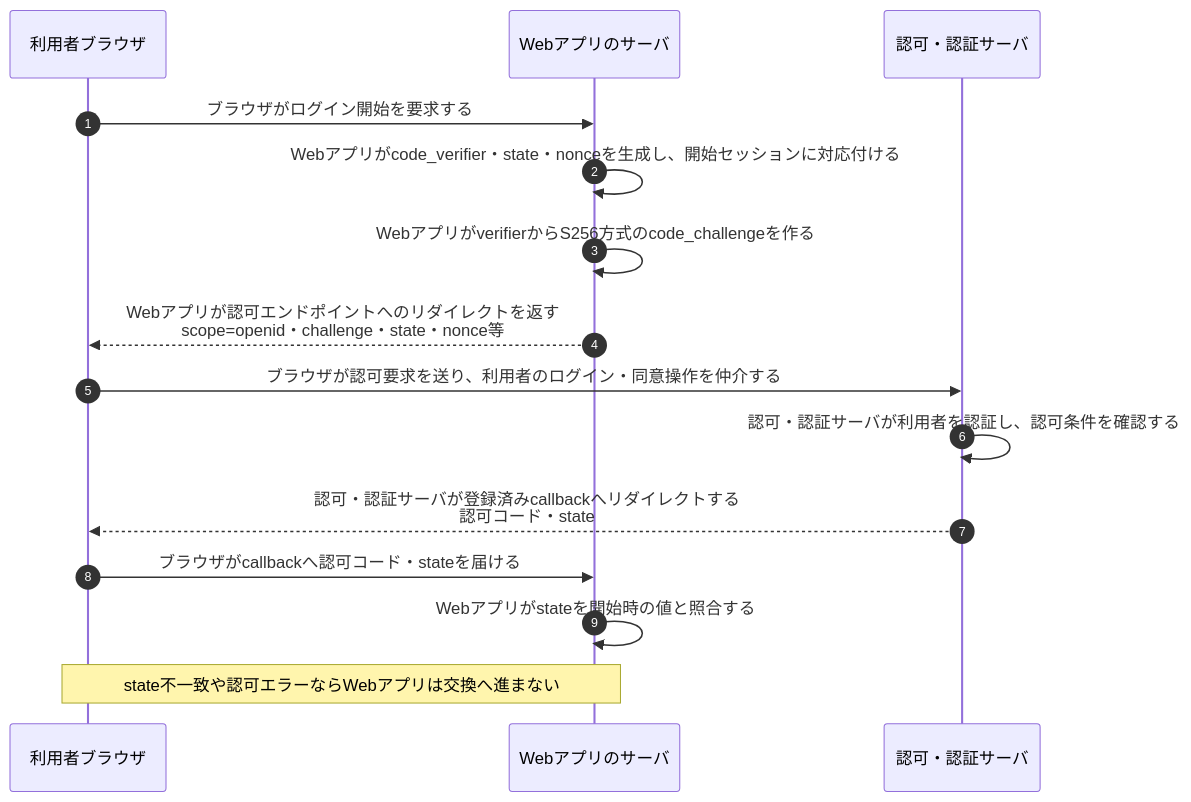
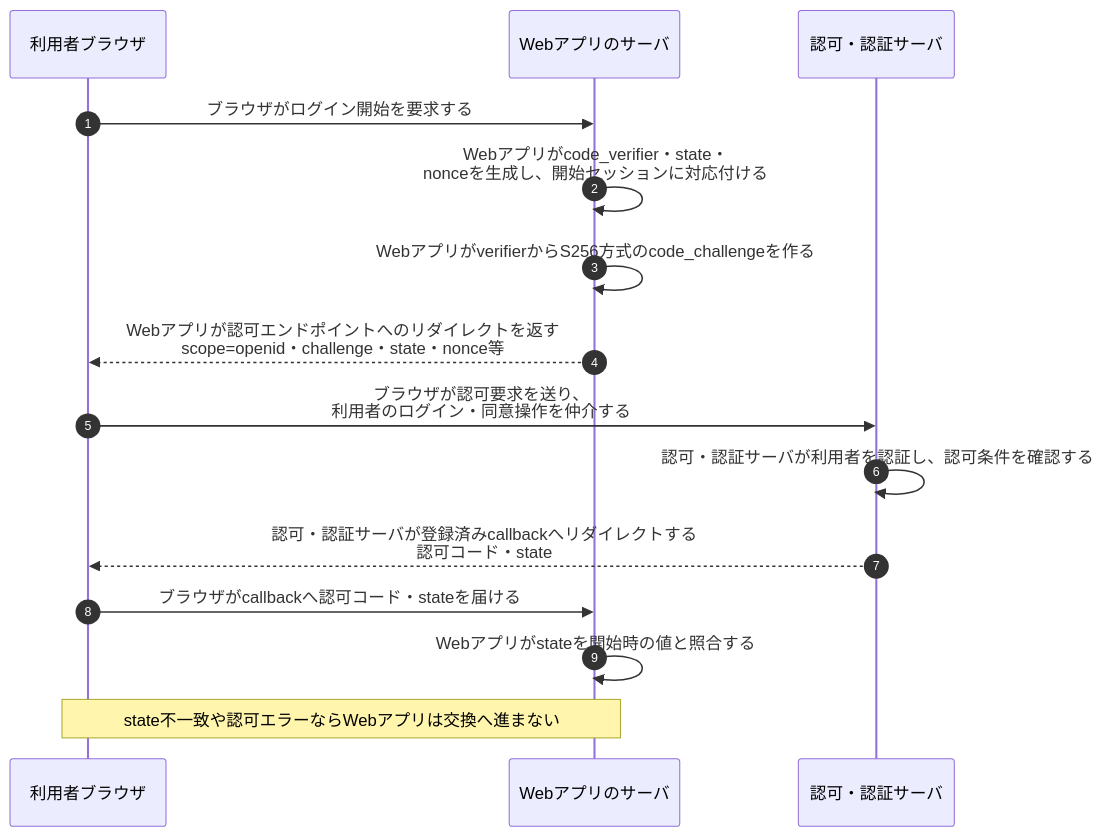
Before and after one commit to ryusuke2003/security-specialist-study: the first of 2 diagrams in 復習用/流れ図/OAuth2とOIDCの認可コードとPKCE.md, drawn with Mermaid. The commit also changed other lines of this file and 7 other files, not shown here.

Commit message:
図の折り返しと認証失敗時の前提を整え検証結果と導線を更新

````diff
--- a/復習用/流れ図/OAuth2とOIDCの認可コードとPKCE.md
+++ b/復習用/流れ図/OAuth2とOIDCの認可コードとPKCE.md
@@ -11,18 +11,18 @@
 ```mermaid
 sequenceDiagram
     autonumber
     participant B as 利用者ブラウザ
     participant C as Webアプリのサーバ
     participant O as 認可・認証サーバ
 
     B->>C: ブラウザがログイン開始を要求する
-    C->>C: Webアプリがcode_verifier・state・nonceを生成し、開始セッションに対応付ける
+    C->>C: Webアプリがcode_verifier・state・<br/>nonceを生成し、開始セッションに対応付ける
     C->>C: WebアプリがverifierからS256方式のcode_challengeを作る
     C-->>B: Webアプリが認可エンドポイントへのリダイレクトを返す<br/>scope=openid・challenge・state・nonce等
-    B->>O: ブラウザが認可要求を送り、利用者のログイン・同意操作を仲介する
+    B->>O: ブラウザが認可要求を送り、<br/>利用者のログイン・同意操作を仲介する
     O->>O: 認可・認証サーバが利用者を認証し、認可条件を確認する
     O-->>B: 認可・認証サーバが登録済みcallbackへリダイレクトする<br/>認可コード・state
     B->>C: ブラウザがcallbackへ認可コード・stateを届ける
     C->>C: Webアプリがstateを開始時の値と照合する
     Note over B,C: state不一致や認可エラーならWebアプリは交換へ進まない
 ```
````
